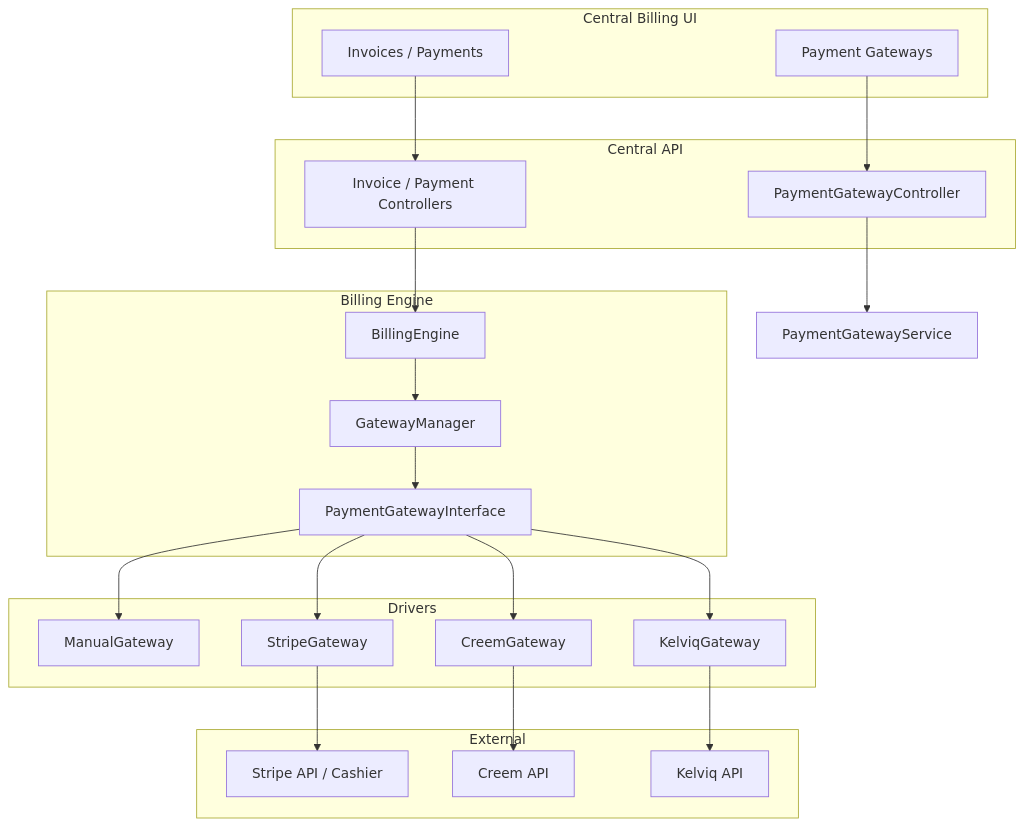
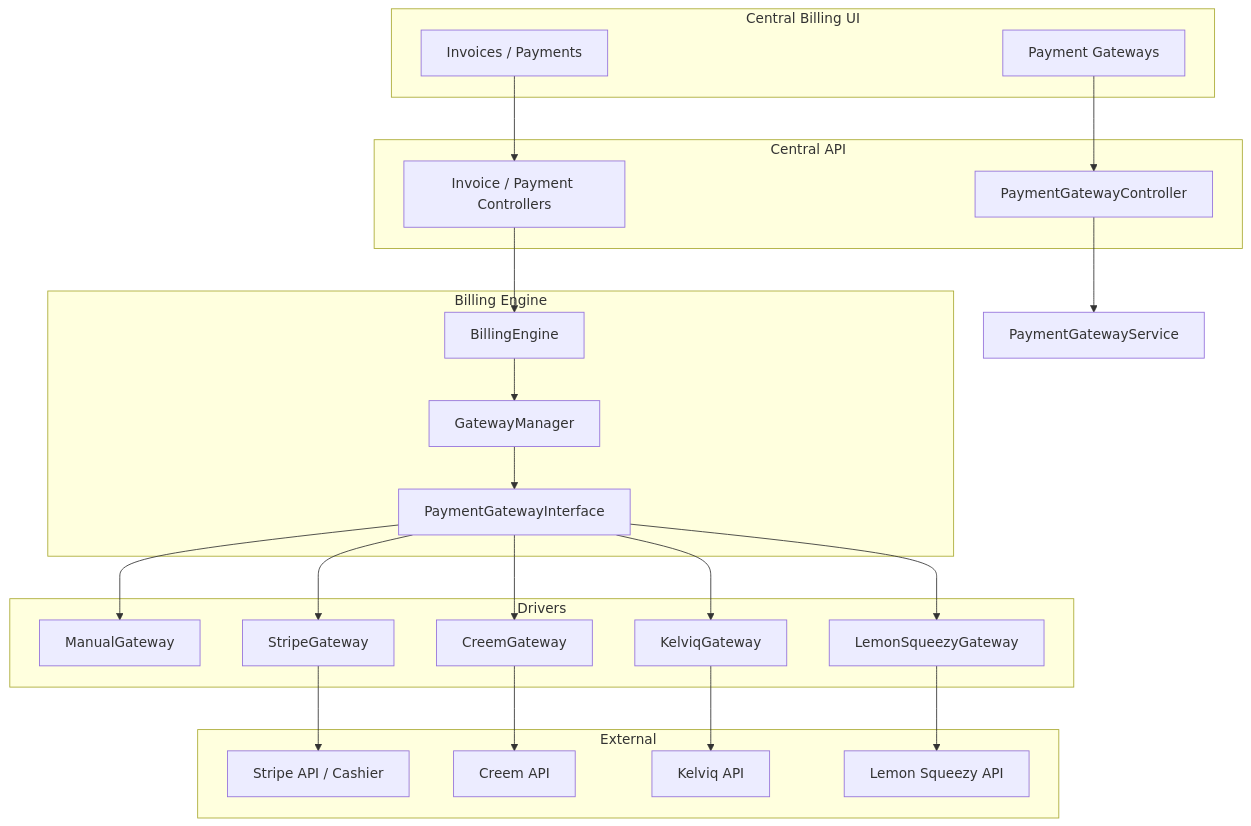
Before and after one commit to DiligentCreators/EloSync-Docs: the first of 3 diagrams in docs/developer-guide/payment-gateways-overview.md, drawn with Mermaid. The commit also changed other lines of this file and 7 other files, not shown here.

Commit message:
Document central Lemon Squeezy payment gateway.

````diff
--- a/docs/developer-guide/payment-gateways-overview.md
+++ b/docs/developer-guide/payment-gateways-overview.md
@@ -22,45 +23,49 @@
 ```mermaid
 flowchart TB
   subgraph AdminUI["Central Billing UI"]
     PG[Payment Gateways]
     INV[Invoices / Payments]
   end
 
   subgraph API["Central API"]
     PGC[PaymentGatewayController]
     IC[Invoice / Payment Controllers]
   end
 
   subgraph Engine["Billing Engine"]
     BE[BillingEngine]
     GM[GatewayManager]
     IF[PaymentGatewayInterface]
   end
 
   subgraph Drivers["Drivers"]
     MG[ManualGateway]
     SG[StripeGateway]
     CG[CreemGateway]
     KG[KelviqGateway]
+    LG[LemonSqueezyGateway]
   end
 
   subgraph Providers["External"]
     Stripe[Stripe API / Cashier]
     Creem[Creem API]
     Kelviq[Kelviq API]
+    Lemon[Lemon Squeezy API]
   end
 
   PG --> PGC
   INV --> IC
   PGC --> PaymentGatewayService
   IC --> BE
   BE --> GM
   GM --> IF
   IF --> MG
   IF --> SG
   IF --> CG
   IF --> KG
+  IF --> LG
   SG --> Stripe
   CG --> Creem
   KG --> Kelviq
+  LG --> Lemon
 ```
````
